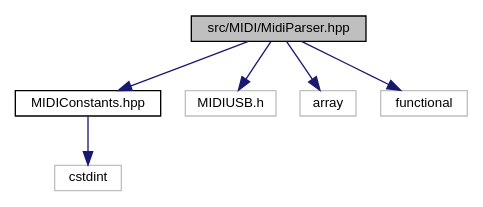
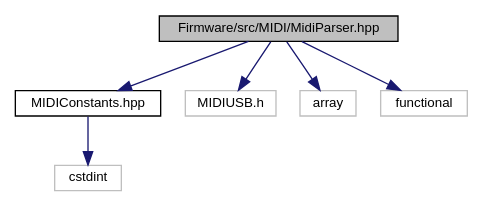
The diagram in docs/_midi_parser_8hpp__incl.dot (AkiyukiOkayasu/jade), drawn with Graphviz before and after one commit. The commit also changed 122 other files, not shown here.

```diff
--- a/docs/_midi_parser_8hpp__incl.dot
+++ b/docs/_midi_parser_8hpp__incl.dot
@@ -1,17 +1,17 @@
-digraph "src/MIDI/MidiParser.hpp"
+digraph "Firmware/src/MIDI/MidiParser.hpp"
 {
  // LATEX_PDF_SIZE
   edge [fontname="Helvetica",fontsize="10",labelfontname="Helvetica",labelfontsize="10"];
   node [fontname="Helvetica",fontsize="10",shape=record];
-  Node1 [label="src/MIDI/MidiParser.hpp",height=0.2,width=0.4,color="black", fillcolor="grey75", style="filled", fontcolor="black",tooltip="USB-MIDI event parser."];
+  Node1 [label="Firmware/src/MIDI/MidiParser.hpp",height=0.2,width=0.4,color="black", fillcolor="grey75", style="filled", fontcolor="black",tooltip="USB-MIDI event parser."];
   Node1 -> Node2 [color="midnightblue",fontsize="10",style="solid",fontname="Helvetica"];
   Node2 [label="MIDIConstants.hpp",height=0.2,width=0.4,color="black", fillcolor="white", style="filled",URL="$_midi_constants_8hpp.html",tooltip="Constants about MIDI."];
   Node2 -> Node3 [color="midnightblue",fontsize="10",style="solid",fontname="Helvetica"];
   Node3 [label="cstdint",height=0.2,width=0.4,color="grey75", fillcolor="white", style="filled",tooltip=" "];
   Node1 -> Node4 [color="midnightblue",fontsize="10",style="solid",fontname="Helvetica"];
   Node4 [label="MIDIUSB.h",height=0.2,width=0.4,color="grey75", fillcolor="white", style="filled",tooltip=" "];
   Node1 -> Node5 [color="midnightblue",fontsize="10",style="solid",fontname="Helvetica"];
   Node5 [label="array",height=0.2,width=0.4,color="grey75", fillcolor="white", style="filled",tooltip=" "];
   Node1 -> Node6 [color="midnightblue",fontsize="10",style="solid",fontname="Helvetica"];
   Node6 [label="functional",height=0.2,width=0.4,color="grey75", fillcolor="white", style="filled",tooltip=" "];
 }
```
